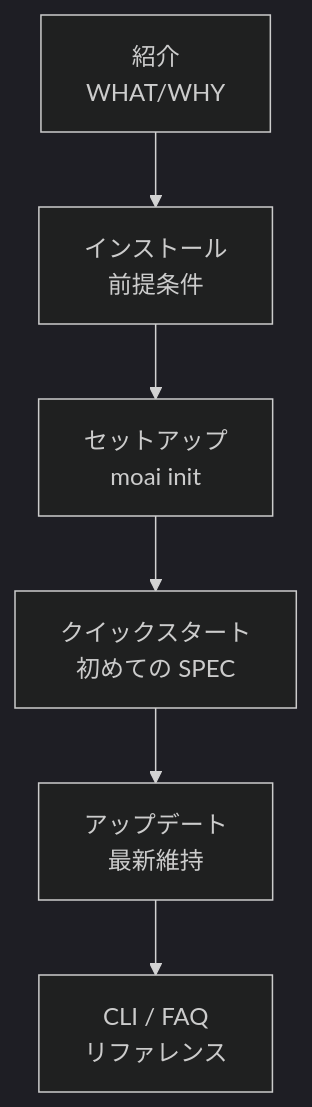
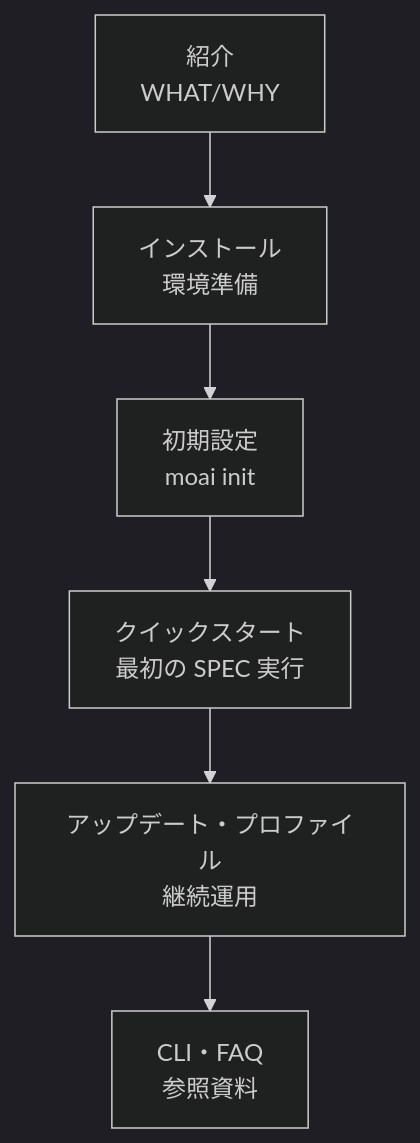
Before and after one commit to modu-ai/moai-adk: the diagram in docs-site/content/ja/getting-started/_index.md, drawn with Mermaid (dark theme). The commit also changed other lines of this file and 395 other files, not shown here.

````diff
--- a/docs-site/content/ja/getting-started/_index.md
+++ b/docs-site/content/ja/getting-started/_index.md
@@ -16,8 +16,8 @@
 ```mermaid
 flowchart TD
-    A["紹介<br>WHAT/WHY"] --> B["インストール<br>前提条件"]
-    B --> C["セットアップ<br>moai init"]
-    C --> D["クイックスタート<br>初めての SPEC"]
-    D --> E["アップデート<br>最新維持"]
-    E --> F["CLI / FAQ<br>リファレンス"]
+    A["紹介<br>WHAT/WHY"] --> B["インストール<br>環境準備"]
+    B --> C["初期設定<br>moai init"]
+    C --> D["クイックスタート<br>最初の SPEC 実行"]
+    D --> E["アップデート・プロファイル<br>継続運用"]
+    E --> F["CLI・FAQ<br>参照資料"]
 ```
````
